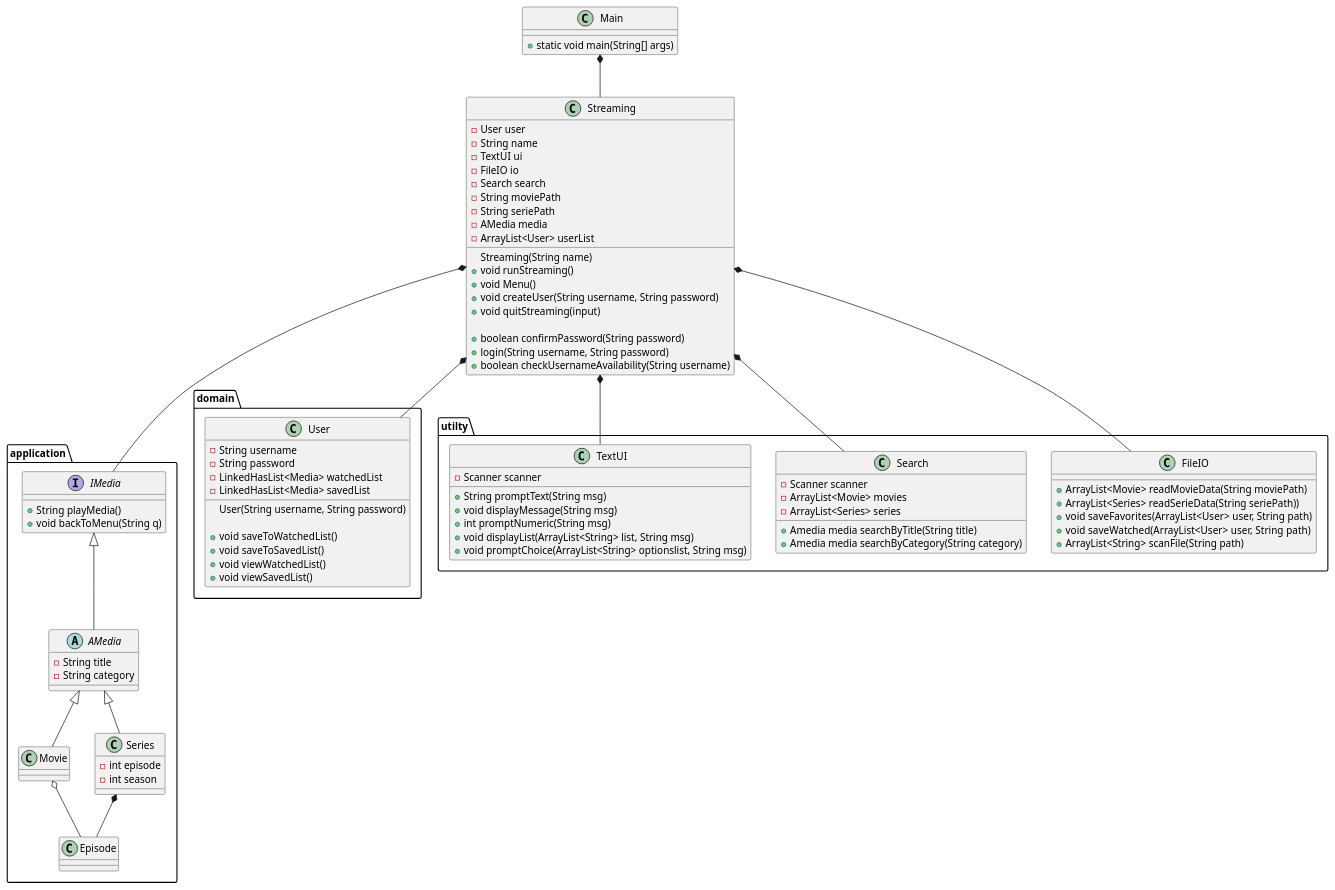
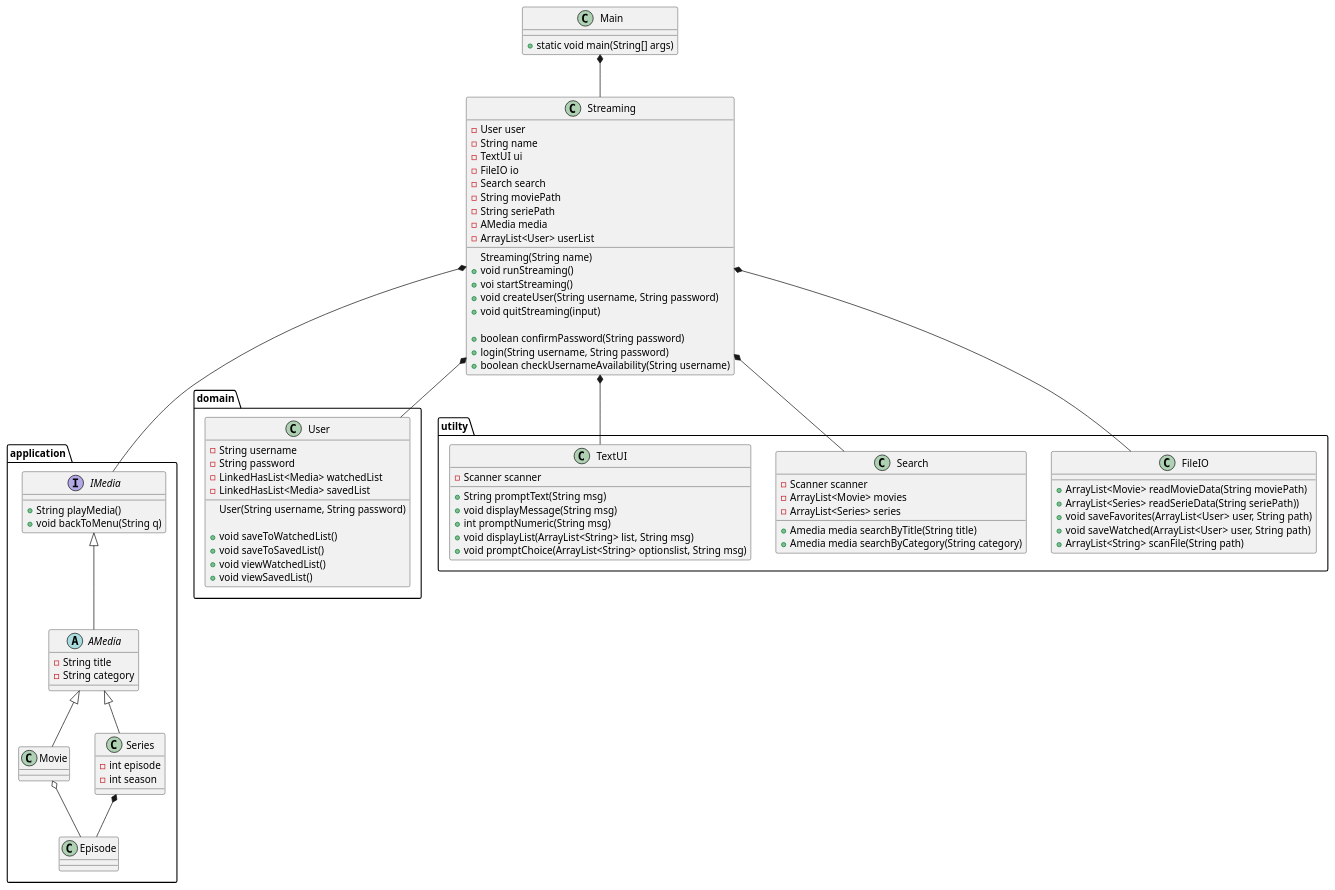
Before and after one commit to mrPrimeBeef/Sem1-Project-MovieStream: the diagram in Doc/Static/ClassDiagramv1.puml, drawn with PlantUML. The commit also changed 4 other files, not shown here.

```diff
--- a/Doc/Static/ClassDiagramv1.puml
+++ b/Doc/Static/ClassDiagramv1.puml
@@ -1,120 +1,120 @@
 @startuml
 
 class Main {
 + static void main(String[] args)
 }
 package application{
 interface IMedia {
 + String playMedia()
 + void backToMenu(String q)
 '+ pauseMedia()
 }
 
 abstract AMedia {
 - String title
 - String category
 
 }
 
 class Movie {
 
 }
 
 
 class Series {
 - int episode
 - int season
 }
 class Episode{
 
 }
 }
 
 package domain{
 class User {
 - String username
 - String password
 - LinkedHasList<Media> watchedList
 - LinkedHasList<Media> savedList
 User(String username, String password)
 
 + void saveToWatchedList()
 + void saveToSavedList()
 + void viewWatchedList()
 + void viewSavedList()
 }
 }
 
 class Streaming {
 - User user
 - String name
 - TextUI ui
 - FileIO io
 - Search search
 - String moviePath
 - String seriePath
 - AMedia media
 - ArrayList<User> userList
 Streaming(String name)
 + void runStreaming()
-+ void Menu()
++ voi startStreaming()
 + void createUser(String username, String password)
 + void quitStreaming(input)
 
 + boolean confirmPassword(String password)
 + login(String username, String password)
 + boolean checkUsernameAvailability(String username)
 }
 
 
 package utilty{
 class FileIO {
 + ArrayList<Movie> readMovieData(String moviePath)
 + ArrayList<Series> readSerieData(String seriePath))
 + void saveFavorites(ArrayList<User> user, String path)
 + void saveWatched(ArrayList<User> user, String path)
 + ArrayList<String> scanFile(String path)
 }
 
 class Search {
 - Scanner scanner
 - ArrayList<Movie> movies
 - ArrayList<Series> series
 + Amedia media searchByTitle(String title)
 + Amedia media searchByCategory(String category)
 
 }
 class TextUI {
 - Scanner scanner
 + String promptText(String msg)
 + void displayMessage(String msg)
 + int promptNumeric(String msg)
 + void displayList(ArrayList<String> list, String msg)
 + void promptChoice(ArrayList<String> optionslist, String msg)
 }
 }
 
 
 Main *-- Streaming
 Streaming *-- IMedia
 Streaming *-- User
 Streaming *-- Search
 Streaming *-- TextUI
 IMedia <|-- AMedia
 Streaming *-- FileIO
 AMedia <|-- Movie
 AMedia  <|-- Series
 Series *-- Episode
 Movie o-- Episode
 
 'https://devhints.io/plantuml
 'Car <|-- SmallCar      # extension
 'Car *-- Engine         # composition
 'Cars o-- Car           # aggregation
 'Car <|.. SmallCar      # dotted line (use .. instead of --)
 'Car <|--* Car
 
 '-left->
 '-right->
 
 @enduml
```
